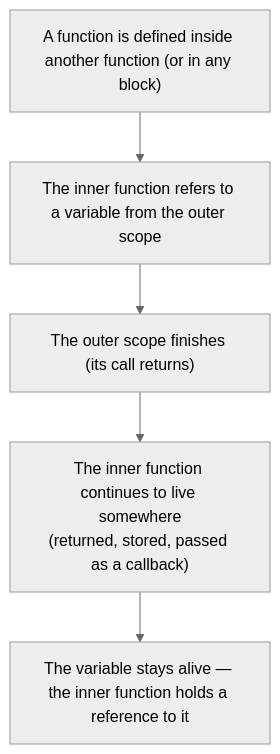
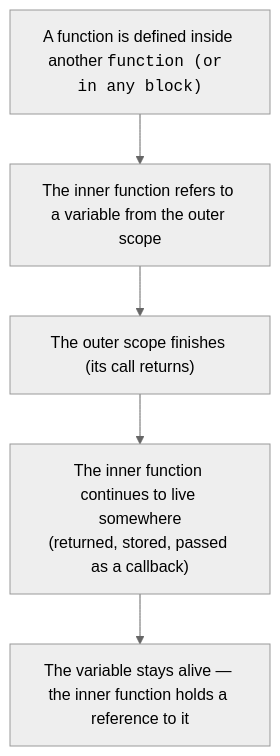
One commit to dataslope/dataslope changed the second of 2 diagrams in content/learn/beginners-javascript/closures.mdx. Above: the diagram before and after it, drawn with Mermaid (neutral theme). The commit also changed other lines of this file and 218 other files, not shown here.

First line of the commit message:
Render code-only mermaid shapes in monospace; convert step sequences to Steps (#467)

````diff
--- a/content/learn/beginners-javascript/closures.mdx
+++ b/content/learn/beginners-javascript/closures.mdx
@@ -310,9 +310,9 @@
 ```mermaid
 flowchart TB
-    A["A function is defined inside another function (or in any block)"]
+    A["A function is defined inside another <code>function (or in any block)</code>"]
     B["The inner function refers to a variable from the outer scope"]
     C["The outer scope finishes (its call returns)"]
     D["The inner function continues to live somewhere<br/>(returned, stored, passed as a callback)"]
     E["The variable stays alive — the inner function holds a reference to it"]
     A --> B --> C --> D --> E
 ```
````
